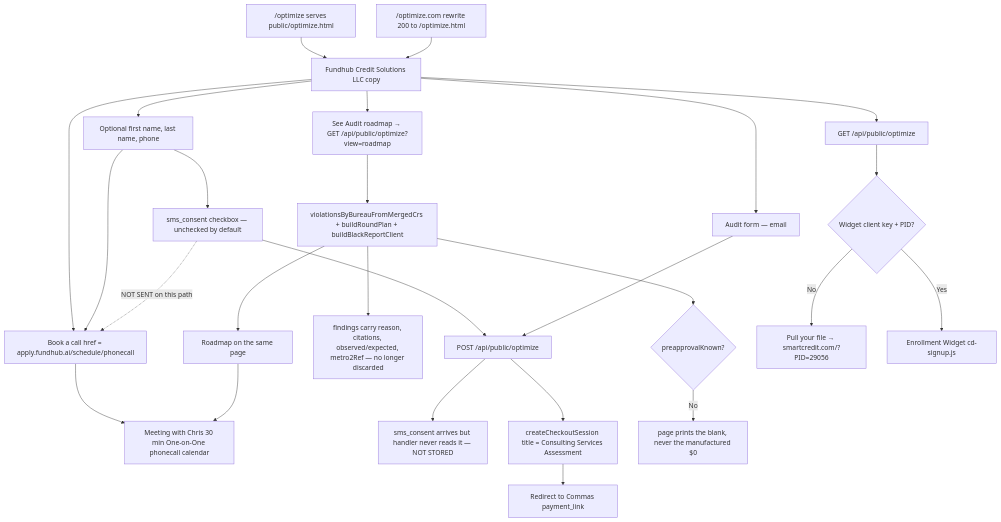
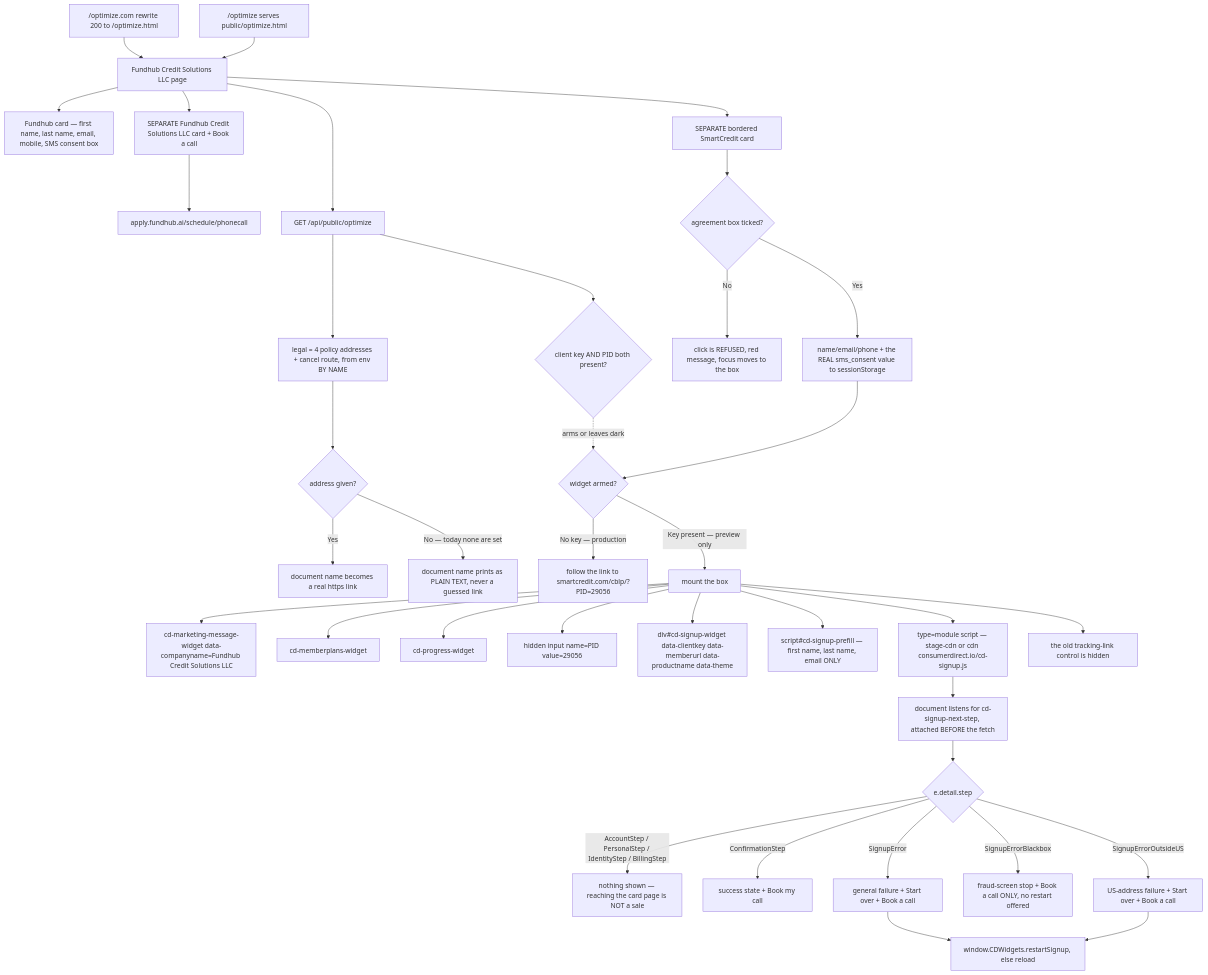
The diagram in docs/journeys/optimize-actual.md (ZootimusMaximusSupreme/Fundhub_ai), drawn with Mermaid before and after one commit. The commit also changed other lines of this file and 5 other files, not shown here.

First line of the commit message:
Build the SmartCredit signup box into /optimize, and pass compliance.

````diff
--- a/docs/journeys/optimize-actual.md
+++ b/docs/journeys/optimize-actual.md
@@ -10,28 +14,43 @@
 ```mermaid
 flowchart TD
-    PRETTY["/optimize serves public/optimize.html"] --> PAGE[Fundhub Credit Solutions LLC copy]
-    REWRITE["/optimize.com rewrite 200 to /optimize.html"] --> PAGE
-    PAGE --> FIELDS[Optional first name, last name, phone]
-    FIELDS --> CONSENT["sms_consent checkbox — unchecked by default"]
-    PAGE --> BTN["Book a call href = apply.fundhub.ai/schedule/phonecall"]
-    FIELDS --> BTN
-    CONSENT -.->|"NOT SENT on this path"| BTN
-    BTN --> CAL[Meeting with Chris 30 min One-on-One phonecall calendar]
-    PAGE --> AUDIT[Audit form — email]
-    CONSENT --> POST
-    AUDIT --> POST["POST /api/public/optimize"]
-    POST --> DROP["sms_consent arrives but handler never reads it — NOT STORED"]
-    POST --> KEEP["createCheckoutSession title = Consulting Services Assessment"]
-    KEEP --> PAY[Redirect to Commas payment_link]
+    PRETTY["/optimize serves public/optimize.html"] --> PAGE
+    REWRITE["/optimize.com rewrite 200 to /optimize.html"] --> PAGE[Fundhub Credit Solutions LLC page]
+    PAGE --> FORM["Fundhub card — first name, last name, email, mobile, SMS consent box"]
+    PAGE --> SCBOX["SEPARATE bordered SmartCredit card"]
+    PAGE --> FHBOX["SEPARATE Fundhub Credit Solutions LLC card + Book a call"]
+    FHBOX --> CAL["apply.fundhub.ai/schedule/phonecall"]
+
     PAGE --> GET["GET /api/public/optimize"]
-    GET --> GATE{Widget client key + PID?}
-    PAGE --> MAP["See Audit roadmap → GET /api/public/optimize?view=roadmap"]
-    MAP --> BRAIN["violationsByBureauFromMergedCrs + buildRoundPlan + buildBlackReportClient"]
-    BRAIN --> DETAIL["findings carry reason, citations, observed/expected, metro2Ref — no longer discarded"]
-    BRAIN --> ZERO{"preapprovalKnown?"}
-    ZERO -->|No| BLANK["page prints the blank, never the manufactured $0"]
-    BRAIN --> PLAN["Roadmap on the same page"]
-    PLAN --> CAL
-    GATE -->|No| AFF["Pull your file → smartcredit.com/?PID=29056"]
-    GATE -->|Yes| WIDGET["Enrollment Widget cd-signup.js"]
+    GET --> LEGAL["legal = 4 policy addresses + cancel route, from env BY NAME"]
+    LEGAL --> PAINT{"address given?"}
+    PAINT -->|Yes| LINK["document name becomes a real https link"]
+    PAINT -->|"No — today none are set"| TEXT["document name prints as PLAIN TEXT, never a guessed link"]
+    GET --> GATE{"client key AND PID both present?"}
+
+    SCBOX --> TICK{"agreement box ticked?"}
+    TICK -->|No| REFUSE["click is REFUSED, red message, focus moves to the box"]
+    TICK -->|Yes| SAVE["name/email/phone + the REAL sms_consent value to sessionStorage"]
+    SAVE --> GATE2{"widget armed?"}
+    GATE2 -->|"No key — production"| AFF["follow the link to smartcredit.com/cblp/?PID=29056"]
+    GATE2 -->|"Key present — preview only"| MOUNT["mount the box"]
+    GATE -.->|arms or leaves dark| GATE2
+
+    MOUNT --> W1["cd-marketing-message-widget data-companyname=Fundhub Credit Solutions LLC"]
+    MOUNT --> W2["cd-memberplans-widget"]
+    MOUNT --> W3["cd-progress-widget"]
+    MOUNT --> W4["hidden input name=PID value=29056"]
+    MOUNT --> W5["div#cd-signup-widget data-clientkey data-memberurl data-productname data-theme"]
+    MOUNT --> W6["script#cd-signup-prefill — first name, last name, email ONLY"]
+    MOUNT --> W7["type=module script — stage-cdn or cdn consumerdirect.io/cd-signup.js"]
+    MOUNT --> HIDE["the old tracking-link control is hidden"]
+
+    W7 --> SIG["document listens for cd-signup-next-step, attached BEFORE the fetch"]
+    SIG --> STEP{"e.detail.step"}
+    STEP -->|"AccountStep / PersonalStep / IdentityStep / BillingStep"| NOOP["nothing shown — reaching the card page is NOT a sale"]
+    STEP -->|ConfirmationStep| DONE["success state + Book my call"]
+    STEP -->|SignupErrorOutsideUS| OUT["US-address failure + Start over + Book a call"]
+    STEP -->|SignupErrorBlackbox| BB["fraud-screen stop + Book a call ONLY, no restart offered"]
+    STEP -->|SignupError| GEN["general failure + Start over + Book a call"]
+    OUT --> RESTART["window.CDWidgets.restartSignup, else reload"]
+    GEN --> RESTART
 ```
````
